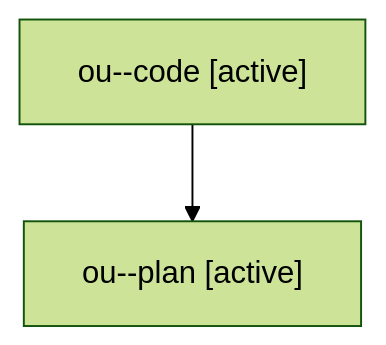
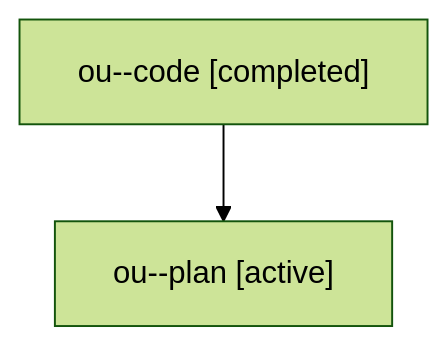
Before and after one commit to sase-org/sase--agents: the diagram in families/bbugyi200.athena.ou.md, drawn with Mermaid (forest theme). The commit also changed other lines of this file and 5813 other files, not shown here.

````diff
--- a/families/bbugyi200.athena.ou.md
+++ b/families/bbugyi200.athena.ou.md
@@ -9,6 +9,6 @@
 ```mermaid
 flowchart TD
-  n0["ou--code [active]"]
+  n0["ou--code [completed]"]
   n1["ou--plan [active]"]
   n0 --> n1
 ```
````
